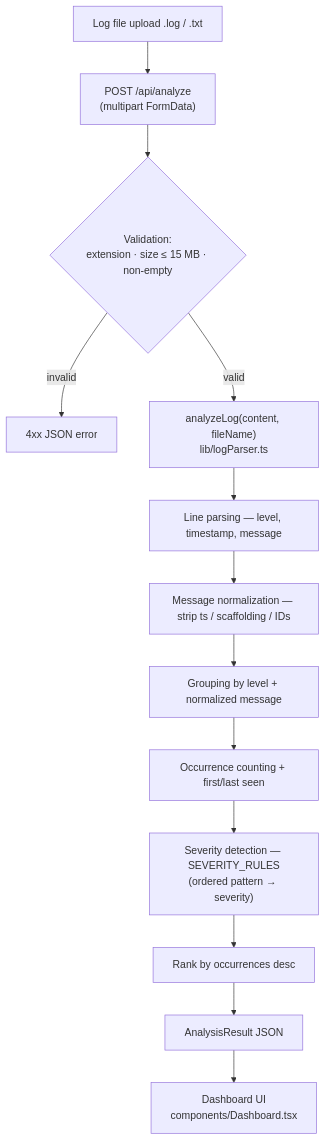
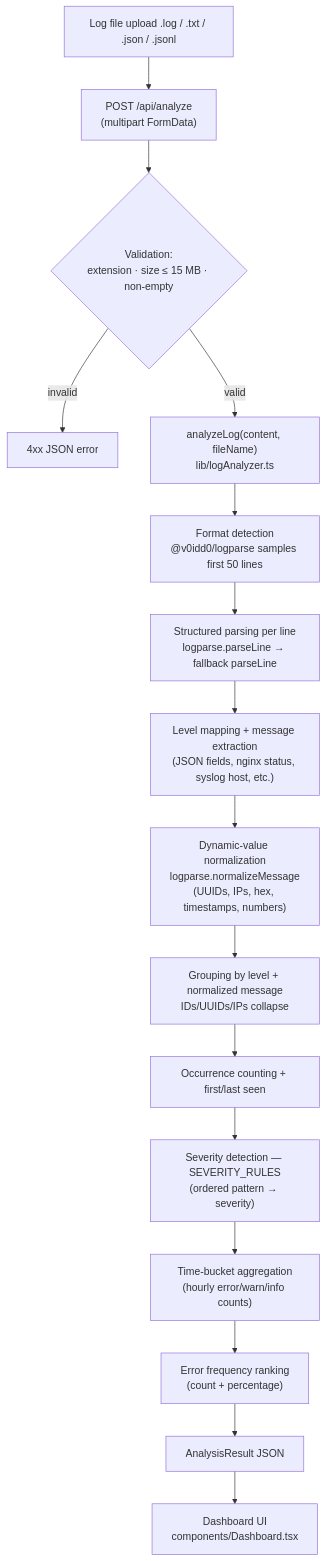
The diagram in architectures/archlog.md (Manas-Dikshit/log_analyzer), drawn with Mermaid before and after one commit. The commit also changed other lines of this file, not shown here.

Commit message:
docs: add architecture documentation for the log analyzer service

````diff
--- a/architectures/archlog.md
+++ b/architectures/archlog.md
@@ -7,15 +8,18 @@
 ```mermaid
 flowchart TD
-    A[Log file upload .log / .txt] --> B["POST /api/analyze<br/>(multipart FormData)"]
+    A[Log file upload .log / .txt / .json / .jsonl] --> B["POST /api/analyze<br/>(multipart FormData)"]
     B --> C{Validation:<br/>extension · size ≤ 15 MB · non-empty}
     C -- invalid --> C1[4xx JSON error]
-    C -- valid --> D["analyzeLog(content, fileName)<br/>lib/logParser.ts"]
-    D --> E[Line parsing — level, timestamp, message]
-    E --> F[Message normalization — strip ts / scaffolding / IDs]
-    F --> G[Grouping by level + normalized message]
-    G --> H[Occurrence counting + first/last seen]
-    H --> I["Severity detection — SEVERITY_RULES<br/>(ordered pattern → severity)"]
-    I --> J[Rank by occurrences desc]
-    J --> K[AnalysisResult JSON]
-    K --> L["Dashboard UI<br/>components/Dashboard.tsx"]
+    C -- valid --> D["analyzeLog(content, fileName)<br/>lib/logAnalyzer.ts"]
+    D --> E[Format detection<br/>@v0idd0/logparse samples first 50 lines]
+    E --> F[Structured parsing per line<br/>logparse.parseLine → fallback parseLine]
+    F --> G["Level mapping + message extraction<br/>(JSON fields, nginx status, syslog host, etc.)"]
+    G --> H["Dynamic-value normalization<br/>logparse.normalizeMessage<br/>(UUIDs, IPs, hex, timestamps, numbers)"]
+    H --> I["Grouping by level + normalized message<br/>IDs/UUIDs/IPs collapse"]
+    I --> J[Occurrence counting + first/last seen]
+    J --> K["Severity detection — SEVERITY_RULES<br/>(ordered pattern → severity)"]
+    K --> L["Time-bucket aggregation<br/>(hourly error/warn/info counts)"]
+    L --> M["Error frequency ranking<br/>(count + percentage)"]
+    M --> N[AnalysisResult JSON]
+    N --> O["Dashboard UI<br/>components/Dashboard.tsx"]
 ```
````
